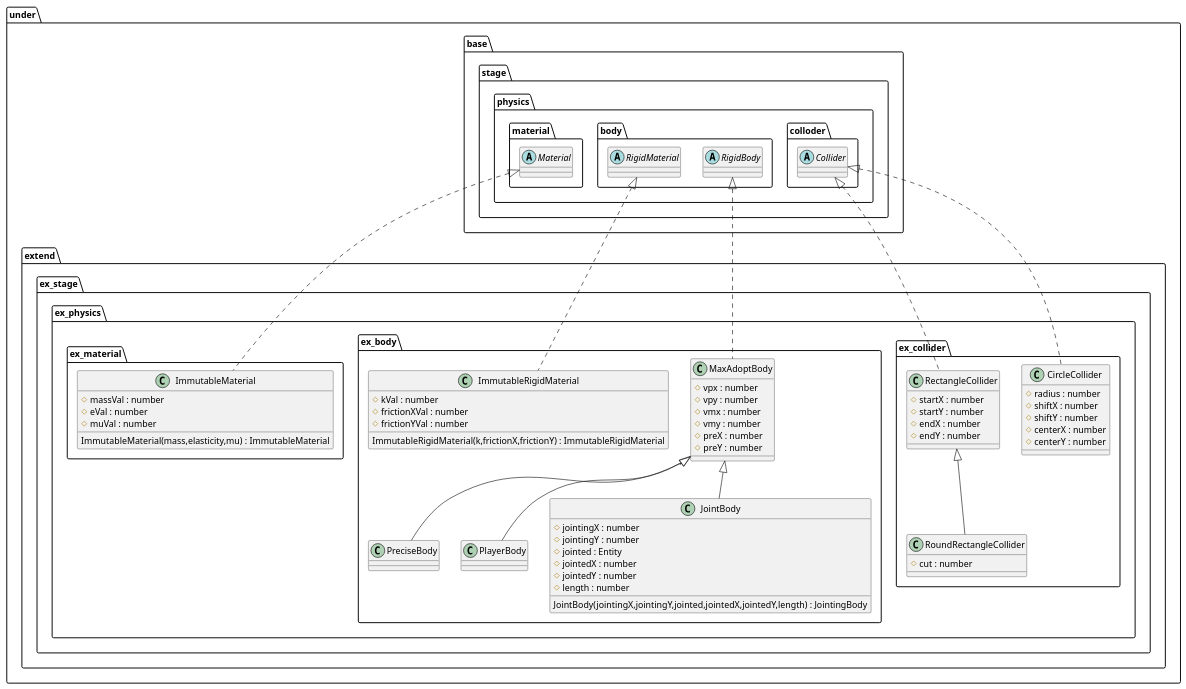
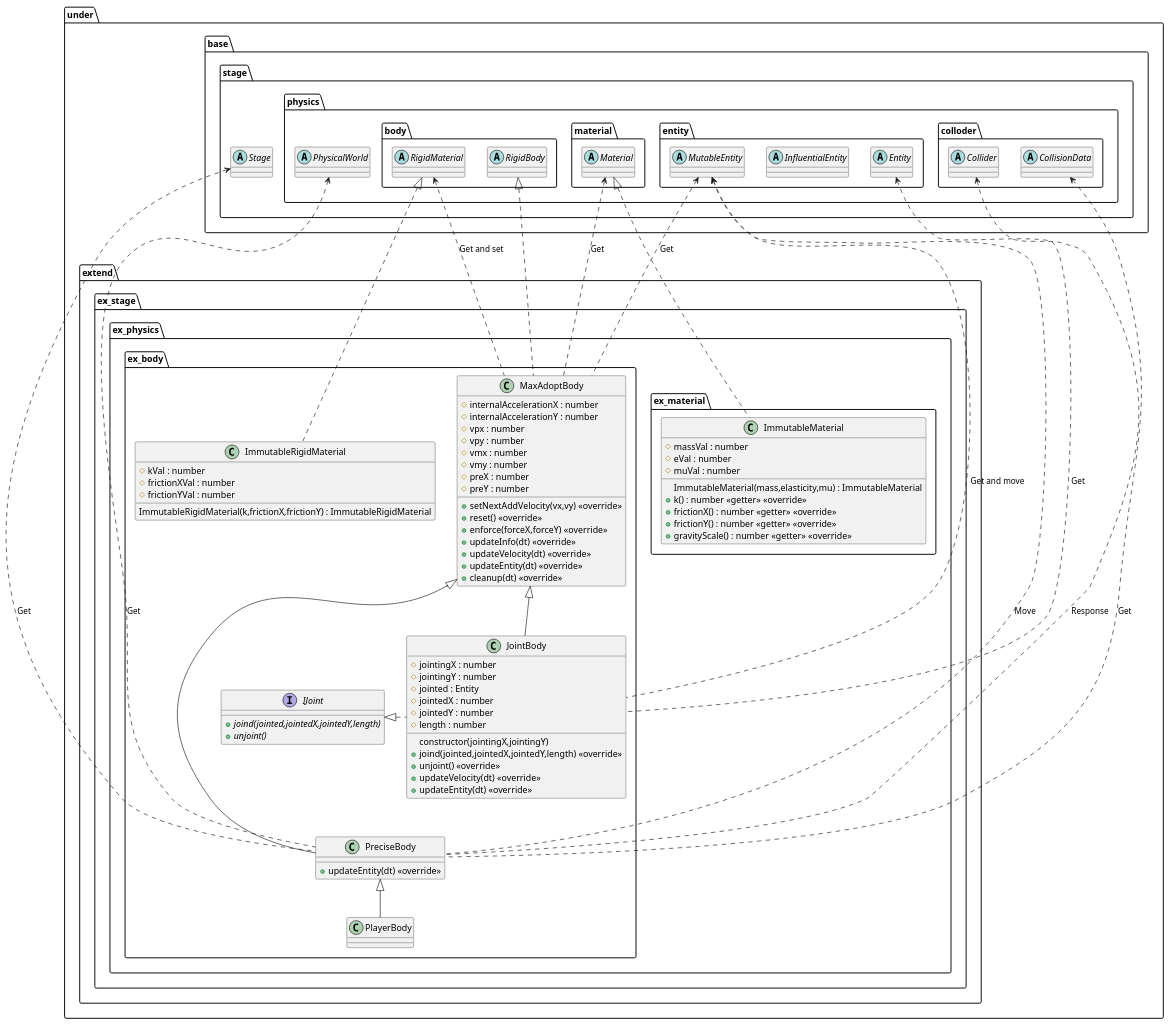
Before and after one commit to Expine/Under: the diagram in uml/entity/physical/Extend.wsd, drawn with PlantUML. The commit also changed 7 other files, not shown here.

```diff
--- a/uml/entity/physical/Extend.wsd
+++ b/uml/entity/physical/Extend.wsd
@@ -1,94 +1,120 @@
 @startuml PhysicalExtend
 
 package under {
     package extend {
         package ex_stage {
             package ex_physics {
-                package ex_collider {
-                    class CircleCollider {
-                        #radius : number
-                        #shiftX : number
-                        #shiftY : number
-                        #centerX : number
-                        #centerY : number
-                    }
-                    class RectangleCollider {
-                        #startX : number
-                        #startY : number
-                        #endX : number
-                        #endY : number
-                    }
-                    class RoundRectangleCollider {
-                        #cut : number
-                    }
-                }
                 package ex_body {
                     class MaxAdoptBody {
+                        #internalAccelerationX : number
+                        #internalAccelerationY : number
                         #vpx : number
                         #vpy : number
                         #vmx : number
                         #vmy : number
                         #preX : number
                         #preY : number
+                        +setNextAddVelocity(vx,vy) <<override>>
+                        +reset() <<override>>
+                        +enforce(forceX,forceY) <<override>>
+                        +updateInfo(dt) <<override>>
+                        +updateVelocity(dt) <<override>>
+                        +updateEntity(dt) <<override>>
+                        +cleanup(dt) <<override>>
                     }
-                    class PreciseBody
+                    class PreciseBody {
+                        +updateEntity(dt) <<override>>
+                    }
                     class PlayerBody
+                    interface IJoint {
+                        {abstract} +joind(jointed,jointedX,jointedY,length)
+                        {abstract} +unjoint()
+                    }
                     class JointBody {
-                        JointBody(jointingX,jointingY,jointed,jointedX,jointedY,length) : JointingBody
+                        constructor(jointingX,jointingY)
                         #jointingX : number
                         #jointingY : number
                         #jointed : Entity
                         #jointedX : number
                         #jointedY : number
                         #length : number
+                        +joind(jointed,jointedX,jointedY,length) <<override>>
+                        +unjoint() <<override>>
+                        +updateVelocity(dt) <<override>>
+                        +updateEntity(dt) <<override>>
                     }
                     class ImmutableRigidMaterial {
                         ImmutableRigidMaterial(k,frictionX,frictionY) : ImmutableRigidMaterial
                         #kVal : number
                         #frictionXVal : number
                         #frictionYVal : number
                     }
                 }
+
                 package ex_material {
                     class ImmutableMaterial  {
                         ImmutableMaterial(mass,elasticity,mu) : ImmutableMaterial
                         #massVal : number
                         #eVal : number
                         #muVal : number
+                        +k() : number <<getter>> <<override>>
+                        +frictionX() : number <<getter>> <<override>>
+                        +frictionY() : number <<getter>> <<override>>
+                        +gravityScale() : number <<getter>> <<override>>
                     }
                 }
             }
         }
     }
 }
 
 package under {
     package base {
         package stage {
+            abstract Stage
             package physics {
+                abstract PhysicalWorld
+                package entity {
+                    abstract Entity
+                    abstract InfluentialEntity
+                    abstract MutableEntity
+                }
                 package colloder {
                     abstract Collider
+                    abstract CollisionData
                 }
                 package body {
                     abstract RigidBody
                     abstract RigidMaterial
                 }
                 package material {
                     abstract Material
                 }
             }
         }
     }
 }
 
-Collider <|.. RectangleCollider
-Collider <|.. CircleCollider
-RectangleCollider <|-- RoundRectangleCollider
+MutableEntity <.. MaxAdoptBody : Get
+Material <.. MaxAdoptBody : Get
+RigidMaterial <.. MaxAdoptBody : Get and set
+
+MutableEntity <... PreciseBody : Move
+Stage <... PreciseBody : Get
+PhysicalWorld <... PreciseBody : Get
+CollisionData <... PreciseBody : Get
+Collider <... PreciseBody : Response
+
+MutableEntity <.. JointBody : Get and move
+Entity <.. JointBody : Get
+
 RigidBody <|.. MaxAdoptBody
-MaxAdoptBody <|-- PlayerBody
-MaxAdoptBody <|-- PreciseBody
+MaxAdoptBody <|--- PreciseBody
+PreciseBody <|-- PlayerBody
+IJoint <|. JointBody
 MaxAdoptBody <|-- JointBody
 RigidMaterial <|.. ImmutableRigidMaterial
+
 Material <|.. ImmutableMaterial
 
 @enduml
```
